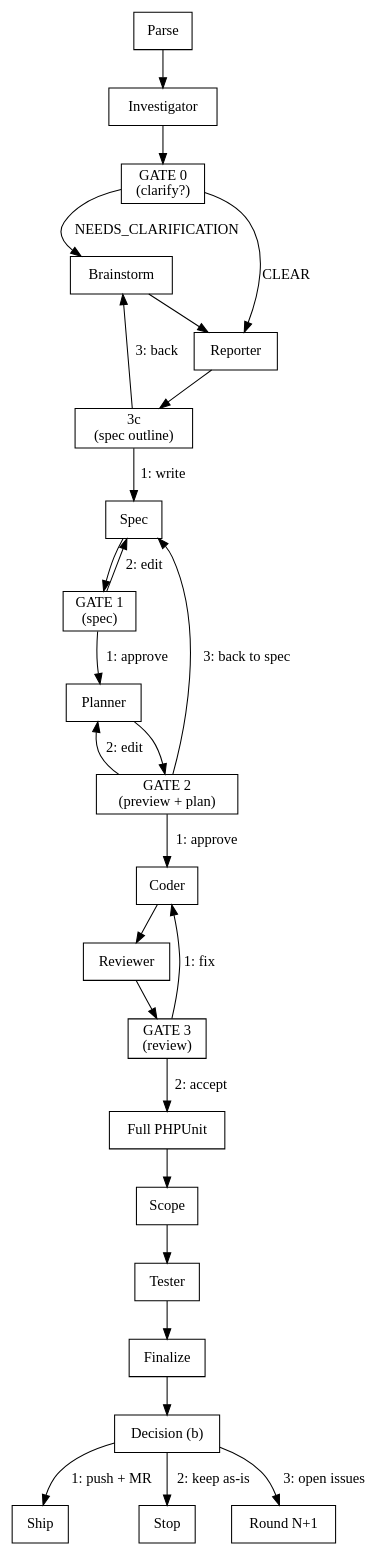
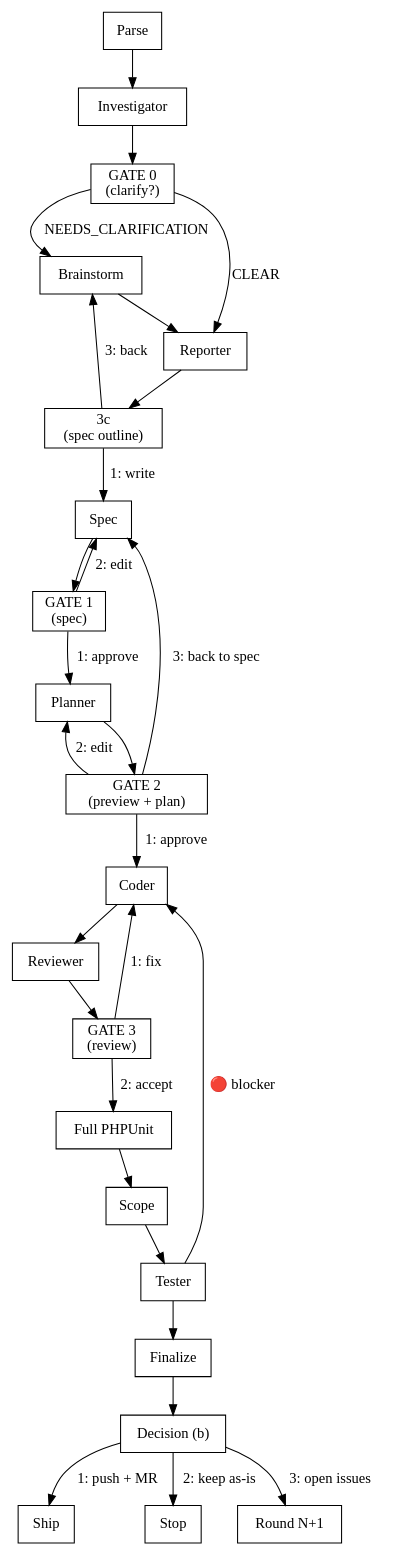
The diagram in plugins/unioss-pipeline/skills/unioss-pipeline/SKILL.md (ttncode/unioss-plugins), drawn with Graphviz before and after one commit. The commit also changed other lines of this file and 8 other files, not shown here.

````diff
--- a/plugins/unioss-pipeline/skills/unioss-pipeline/SKILL.md
+++ b/plugins/unioss-pipeline/skills/unioss-pipeline/SKILL.md
@@ -117,33 +117,34 @@
 ```dot
 digraph unioss_pipeline {
   rankdir=TB;
   node [shape=box];
 
   Parse -> Investigator;
   Investigator -> "GATE 0\n(clarify?)";
   "GATE 0\n(clarify?)" -> Brainstorm [label="NEEDS_CLARIFICATION"];
   Brainstorm -> Reporter;
   "GATE 0\n(clarify?)" -> Reporter [label="CLEAR"];
   Reporter -> "3c\n(spec outline)";
   "3c\n(spec outline)" -> Brainstorm [label="3: back"];
   "3c\n(spec outline)" -> Spec [label="1: write"];
   Spec -> "GATE 1\n(spec)";
   "GATE 1\n(spec)" -> Spec [label="2: edit"];
   "GATE 1\n(spec)" -> Planner [label="1: approve"];
   Planner -> "GATE 2\n(preview + plan)";
   "GATE 2\n(preview + plan)" -> Planner [label="2: edit"];
   "GATE 2\n(preview + plan)" -> Spec [label="3: back to spec"];
   "GATE 2\n(preview + plan)" -> Coder [label="1: approve"];
   Coder -> Reviewer;
   Reviewer -> "GATE 3\n(review)";
   "GATE 3\n(review)" -> Coder [label="1: fix"];
   "GATE 3\n(review)" -> "Full PHPUnit" [label="2: accept"];
   "Full PHPUnit" -> Scope;
   Scope -> Tester;
+  Tester -> Coder [label="🔴 blocker"];
   Tester -> Finalize;
   Finalize -> "Decision (b)";
   "Decision (b)" -> Ship [label="1: push + MR"];
   "Decision (b)" -> Stop [label="2: keep as-is"];
   "Decision (b)" -> "Round N+1" [label="3: open issues"];
 }
 ```
````
